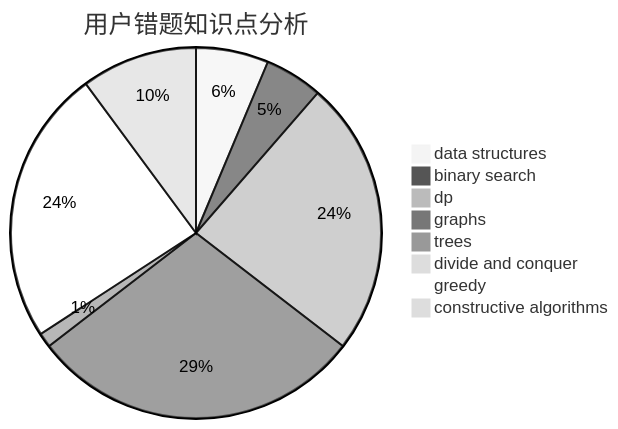
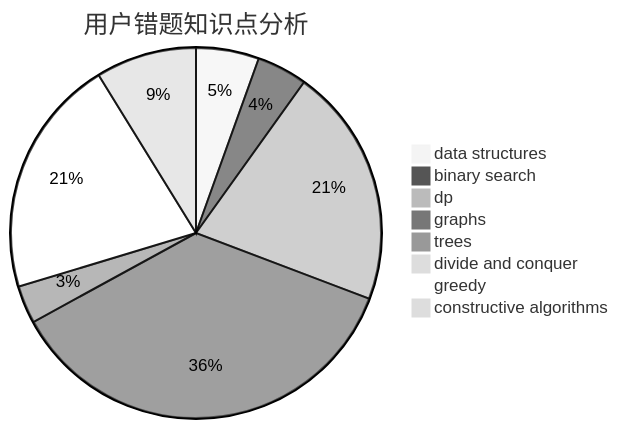
Before and after one commit to sherpahu/cfrs.github.io: the third of 3 diagrams in docs/user/u378.md, drawn with Mermaid (neutral theme). The commit also changed other lines of this file and 2770 other files, not shown here.

````diff
--- a/docs/user/u378.md
+++ b/docs/user/u378.md
@@ -36,11 +36,11 @@
 ```mermaid
 pie title 用户错题知识点分析
     "data structures" :  5
     "binary search" :  4
     "dp" :  19
-    "graphs" :  23
-    "trees" :  1
+    "graphs" :  33
+    "trees" :  3
     "divide and conquer" :  0
     "greedy" :  19
     "constructive algorithms" :  8
 ```
````
